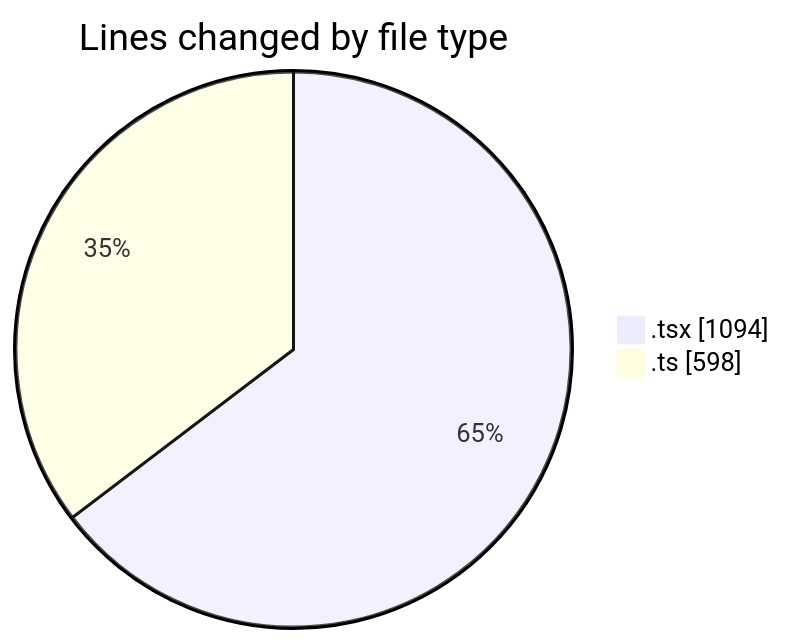
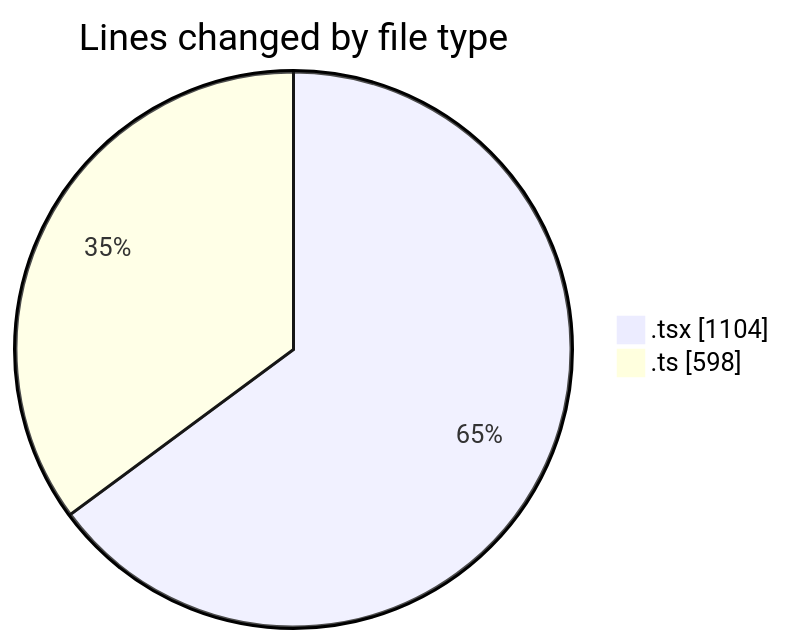
Before and after one commit to JenPaints/code-tracking: the first of 2 diagrams in 2025-07-26/cohera/README.md, drawn with Mermaid. The commit also changed other lines of this file and 1 other file, not shown here.

````diff
--- a/2025-07-26/cohera/README.md
+++ b/2025-07-26/cohera/README.md
@@ -27,6 +27,6 @@
 ```mermaid
 pie showData
 title Lines changed by file type
-".tsx" : 1094
+".tsx" : 1104
 ".ts" : 598
 ```
````
